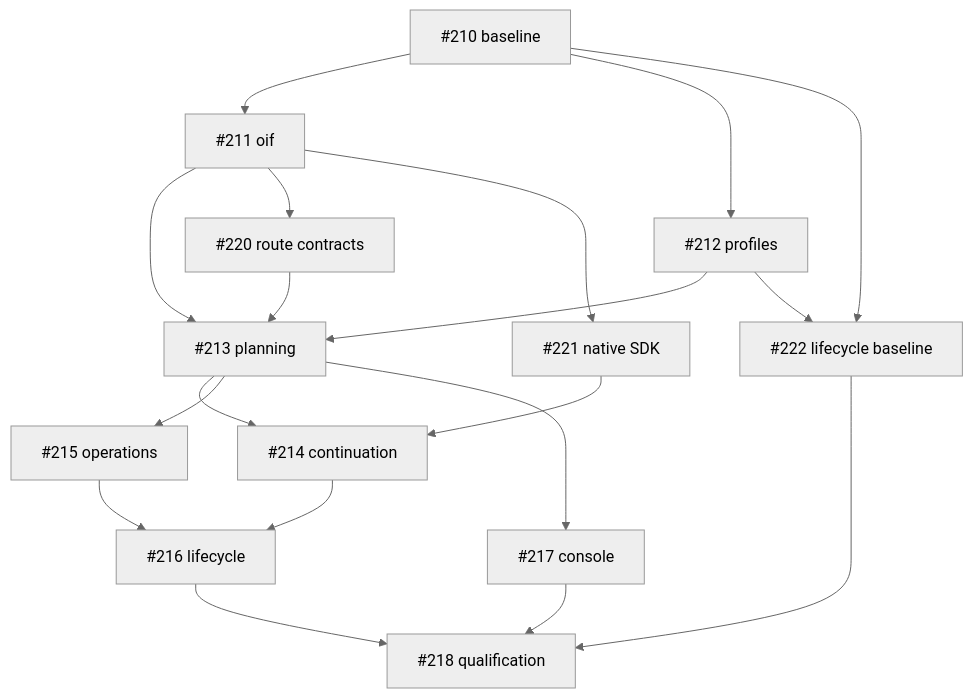
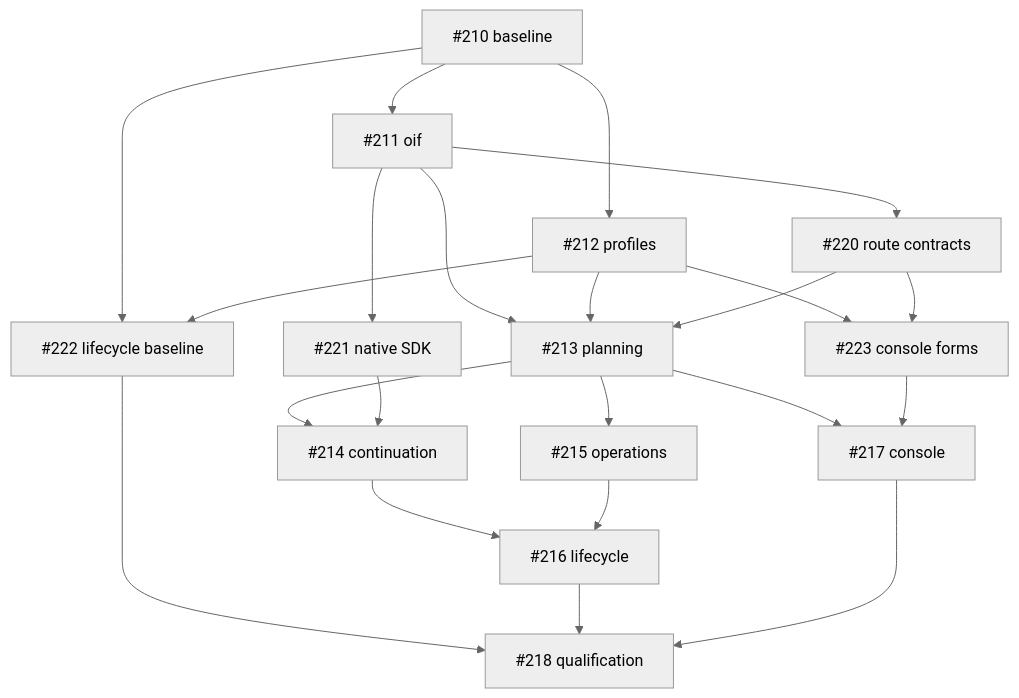
Before and after one commit to tyk-swe/olp: the diagram in docs/implementation/oif.md, drawn with Mermaid (neutral theme). The commit also changed other lines of this file, not shown here.

Commit message:
Track integrated lifecycle baseline and ready console editors

````diff
--- a/docs/implementation/oif.md
+++ b/docs/implementation/oif.md
@@ -7,33 +7,37 @@
 ```mermaid
 graph TD
   baseline["#210 baseline"]
   oif["#211 oif"]
   baseline --> oif
   profiles["#212 profiles"]
   baseline --> profiles
   planning["#213 planning"]
   oif --> planning
   profiles --> planning
   route_contracts["#220 route contracts"]
   oif --> route_contracts
   route_contracts --> planning
   continuation["#214 continuation"]
   planning --> continuation
   native_sdk["#221 native SDK"]
   oif --> native_sdk
   native_sdk --> continuation
   operations["#215 operations"]
   planning --> operations
   lifecycle["#216 lifecycle"]
   continuation --> lifecycle
   operations --> lifecycle
   console["#217 console"]
   planning --> console
+  console_forms["#223 console forms"]
+  profiles --> console_forms
+  route_contracts --> console_forms
+  console_forms --> console
   qualification["#218 qualification"]
   lifecycle_baseline["#222 lifecycle baseline"]
   baseline --> lifecycle_baseline
   profiles --> lifecycle_baseline
   lifecycle_baseline --> qualification
   lifecycle --> qualification
   console --> qualification
 ```
````
